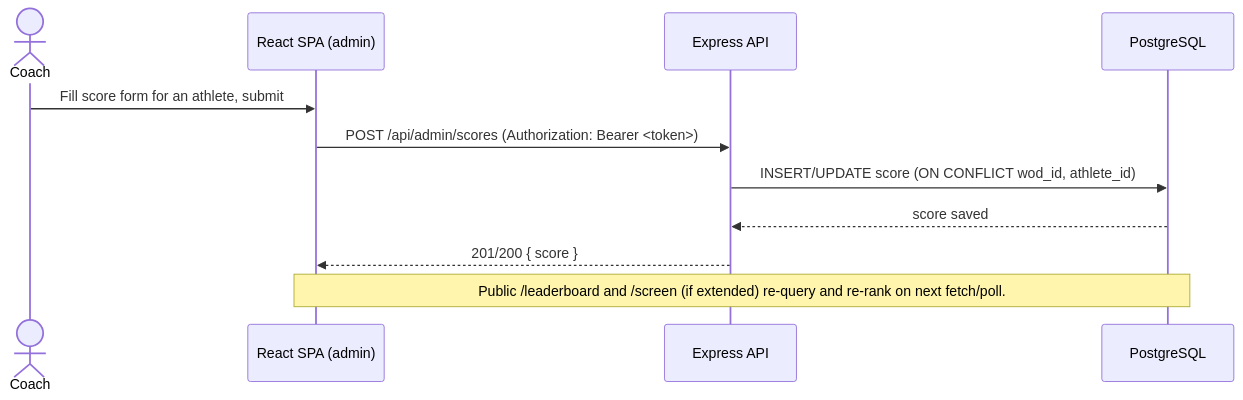
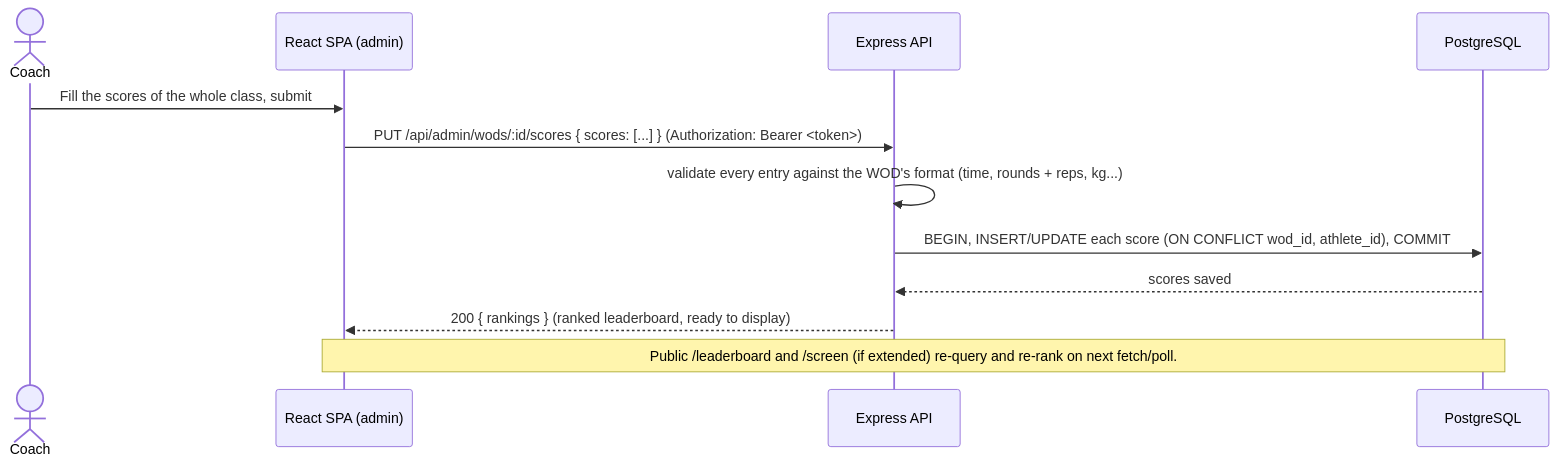
Before and after one commit to sharingankid/boxtrack: the sixth of 6 diagrams in docs/03-technical-documentation.md, drawn with Mermaid. The commit also changed other lines of this file and 28 other files, not shown here.

First line of the commit message:
feat(backend): migrations, CrossFit score shapes, class entry, athlete photos

````diff
--- a/docs/03-technical-documentation.md
+++ b/docs/03-technical-documentation.md
@@ -392,14 +415,15 @@
 ```mermaid
 sequenceDiagram
     actor Coach
     participant SPA as React SPA (admin)
     participant API as Express API
     participant DB as PostgreSQL
 
-    Coach->>SPA: Fill score form for an athlete, submit
-    SPA->>API: POST /api/admin/scores (Authorization: Bearer <token>)
-    API->>DB: INSERT/UPDATE score (ON CONFLICT wod_id, athlete_id)
-    DB-->>API: score saved
-    API-->>SPA: 201/200 { score }
+    Coach->>SPA: Fill the scores of the whole class, submit
+    SPA->>API: PUT /api/admin/wods/:id/scores { scores: [...] } (Authorization: Bearer <token>)
+    API->>API: validate every entry against the WOD's format (time, rounds + reps, kg...)
+    API->>DB: BEGIN, INSERT/UPDATE each score (ON CONFLICT wod_id, athlete_id), COMMIT
+    DB-->>API: scores saved
+    API-->>SPA: 200 { rankings } (ranked leaderboard, ready to display)
     Note over SPA,DB: Public /leaderboard and /screen (if extended) re-query and re-rank on next fetch/poll.
 ```
````
